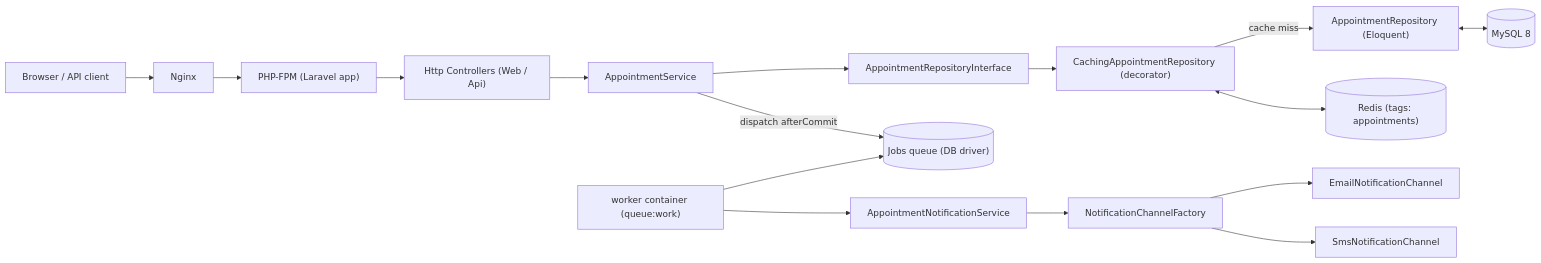
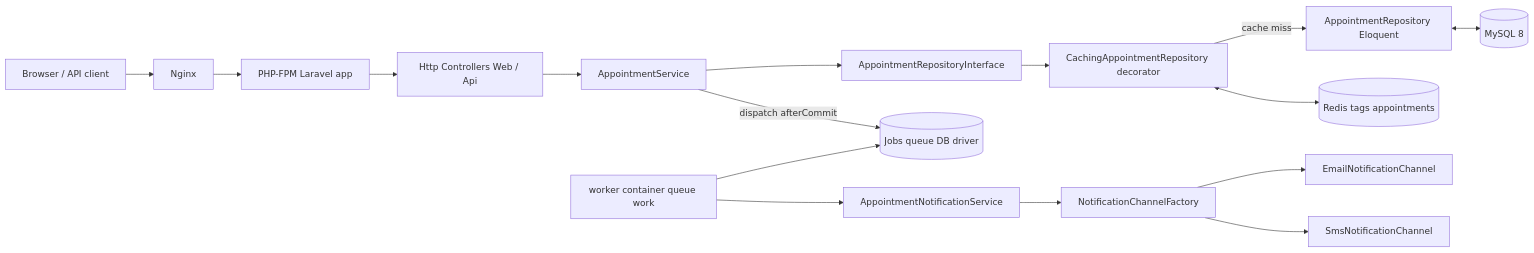
The diagram in README.md (delian1986/scheduling-appointments), drawn with Mermaid before and after one commit. The commit also changed other lines of this file and 6 other files, not shown here.

````diff
--- a/README.md
+++ b/README.md
@@ -9,18 +9,18 @@
 ```mermaid
 flowchart LR
   Browser["Browser / API client"] --> Nginx
-  Nginx --> PhpFpm["PHP-FPM (Laravel app)"]
-  PhpFpm --> Controllers["Http Controllers (Web / Api)"]
+  Nginx --> PhpFpm["PHP-FPM Laravel app"]
+  PhpFpm --> Controllers["Http Controllers Web / Api"]
   Controllers --> Services["AppointmentService"]
   Services --> RepoIface["AppointmentRepositoryInterface"]
-  RepoIface --> CacheDecorator["CachingAppointmentRepository (decorator)"]
-  CacheDecorator -->|"cache miss"| EloquentRepo["AppointmentRepository (Eloquent)"]
-  CacheDecorator <--> Redis[("Redis (tags: appointments)")]
+  RepoIface --> CacheDecorator["CachingAppointmentRepository decorator"]
+  CacheDecorator -->|"cache miss"| EloquentRepo["AppointmentRepository Eloquent"]
+  CacheDecorator <--> Redis[("Redis tags appointments")]
   EloquentRepo <--> MySQL[("MySQL 8")]
-  Services -->|"dispatch afterCommit"| Queue[("Jobs queue (DB driver)")]
-  Worker["worker container (queue:work)"] --> Queue
+  Services -->|"dispatch afterCommit"| Queue[("Jobs queue DB driver")]
+  Worker["worker container queue work"] --> Queue
   Worker --> NotificationService["AppointmentNotificationService"]
   NotificationService --> ChannelFactory["NotificationChannelFactory"]
   ChannelFactory --> Email["EmailNotificationChannel"]
   ChannelFactory --> Sms["SmsNotificationChannel"]
 ```
````
